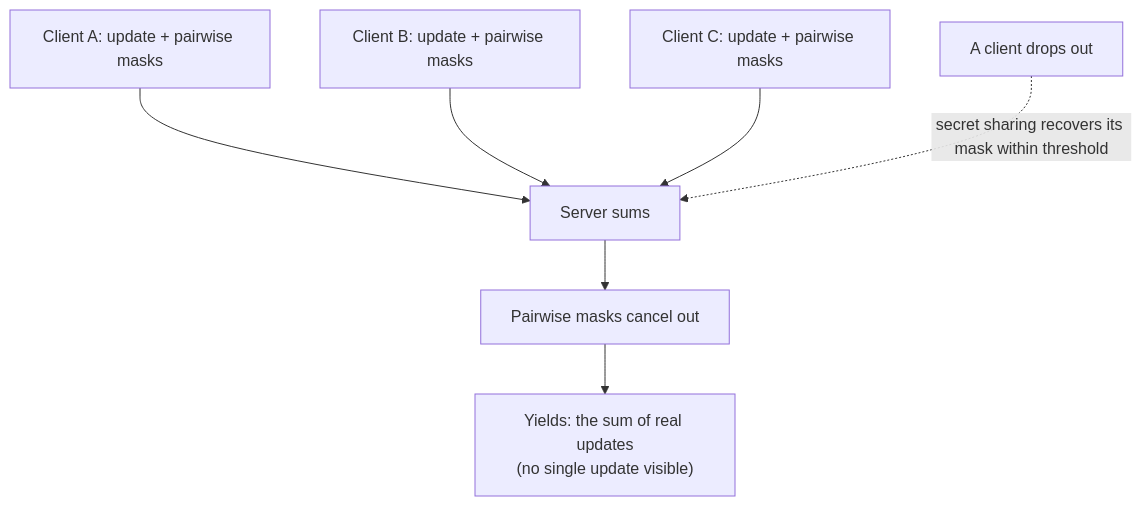
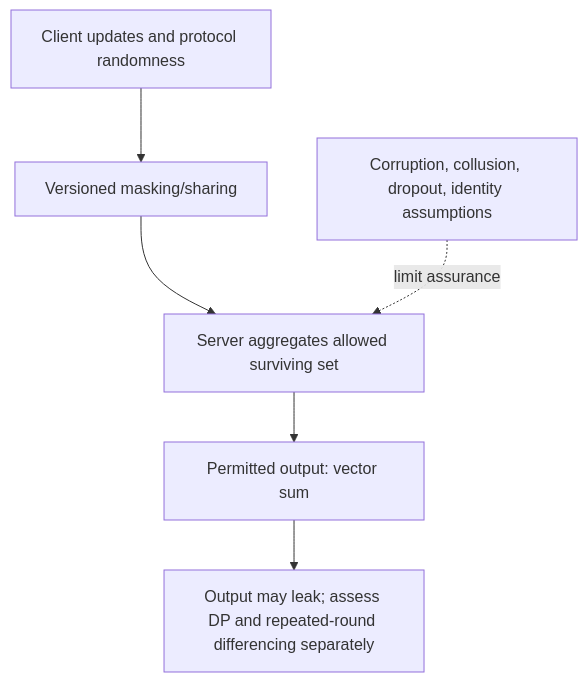
Before and after one commit to XuebinMa/AIWiki: the diagram in i18n/en/docusaurus-plugin-content-docs-privacy/current/05-frontier-deployment/secure-aggregation.mdx, drawn with Mermaid. The commit also changed other lines of this file and 325 other files, not shown here.

````diff
--- a/i18n/en/docusaurus-plugin-content-docs-privacy/current/05-frontier-deployment/secure-aggregation.mdx
+++ b/i18n/en/docusaurus-plugin-content-docs-privacy/current/05-frontier-deployment/secure-aggregation.mdx
@@ -39,9 +32,8 @@
 ```mermaid
 flowchart TB
-    C1["Client A: update + pairwise masks"] --> S
-    C2["Client B: update + pairwise masks"] --> S
-    C3["Client C: update + pairwise masks"] --> S
-    S["Server sums"] --> M["Pairwise masks cancel out"]
-    M --> R["Yields: the sum of real updates<br/>(no single update visible)"]
-    D["A client drops out"] -.secret sharing recovers its mask within threshold.-> S
+    D["Client updates and protocol randomness"] --> M["Versioned masking/sharing"]
+    M --> R["Server aggregates allowed surviving set"]
+    R --> S["Permitted output: vector sum"]
+    C["Corruption, collusion, dropout, identity assumptions"] -.limit assurance.-> R
+    S --> L["Output may leak; assess DP and repeated-round differencing separately"]
 ```
````
